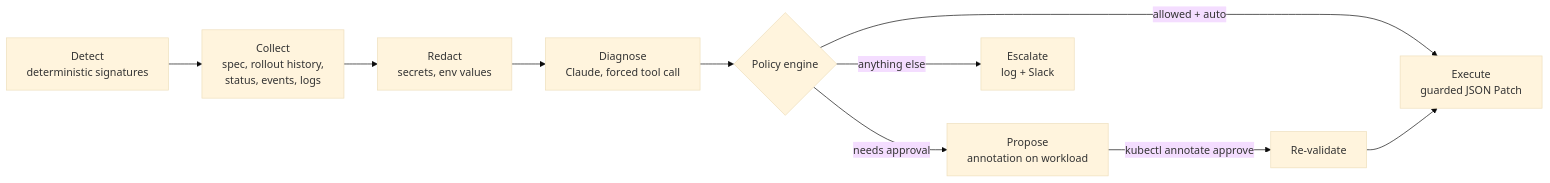
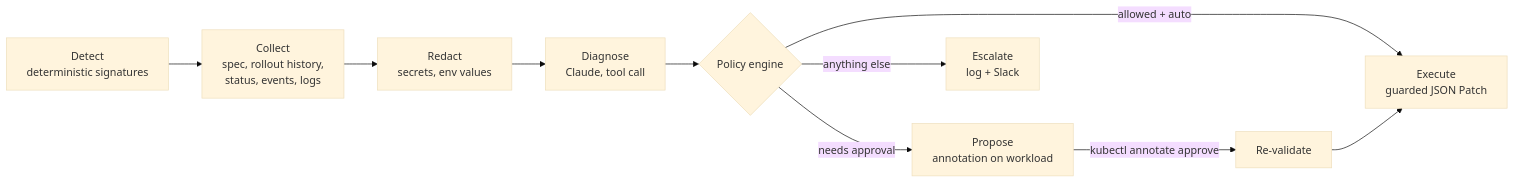
One commit to birmingham/k8s-self-healing-agent changed the diagram in README.md. Above: the diagram before and after it, drawn with Mermaid (base theme). The commit also changed other lines of this file and 6 other files, not shown here.

````diff
--- a/README.md
+++ b/README.md
@@ -16,11 +16,11 @@
 ```mermaid
 flowchart LR
     A[Detect<br/>deterministic signatures] --> B[Collect<br/>spec, rollout history,<br/>status, events, logs]
     B --> C[Redact<br/>secrets, env values]
-    C --> D[Diagnose<br/>Claude, forced tool call]
+    C --> D[Diagnose<br/>Claude, tool call]
     D --> E{Policy engine}
     E -->|allowed + auto| F[Execute<br/>guarded JSON Patch]
     E -->|needs approval| G[Propose<br/>annotation on workload]
     E -->|anything else| H[Escalate<br/>log + Slack]
     G -->|kubectl annotate approve| R[Re-validate] --> F
 ```
````
